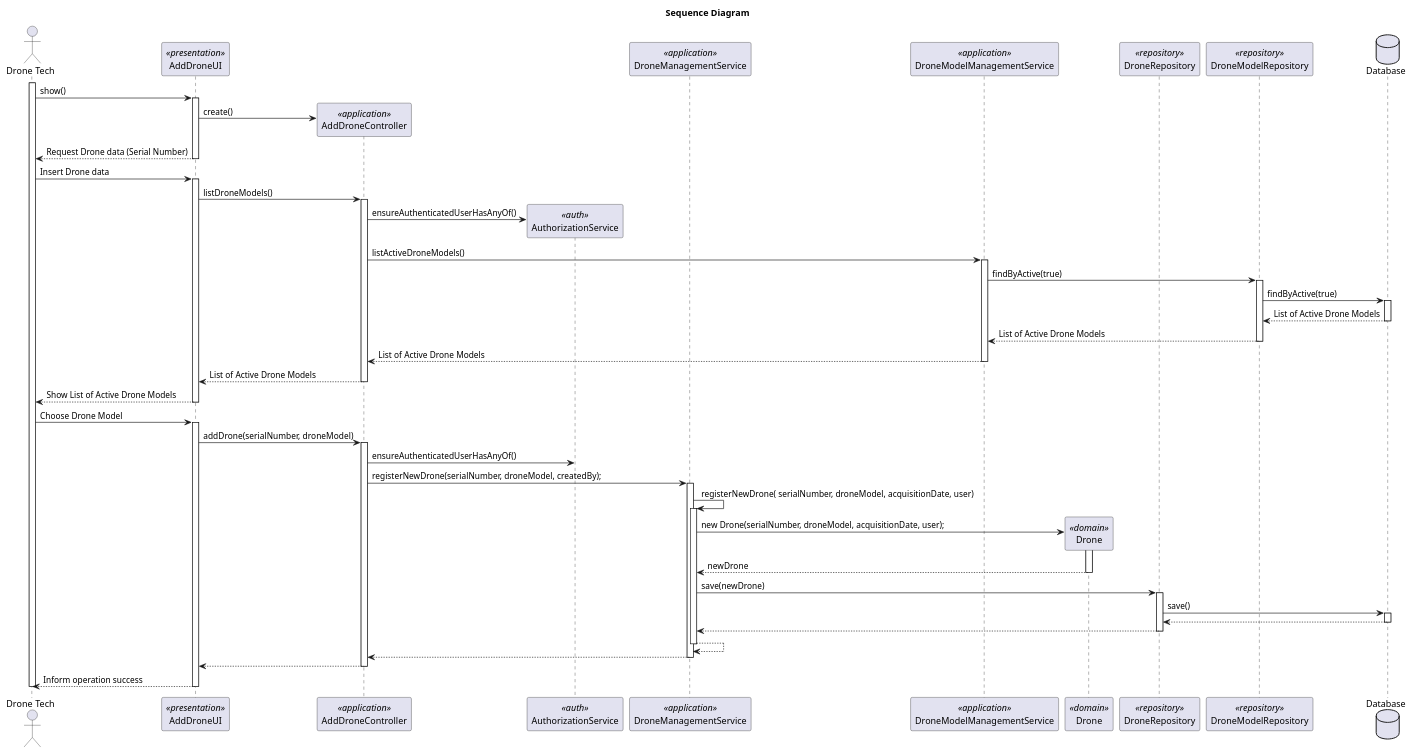
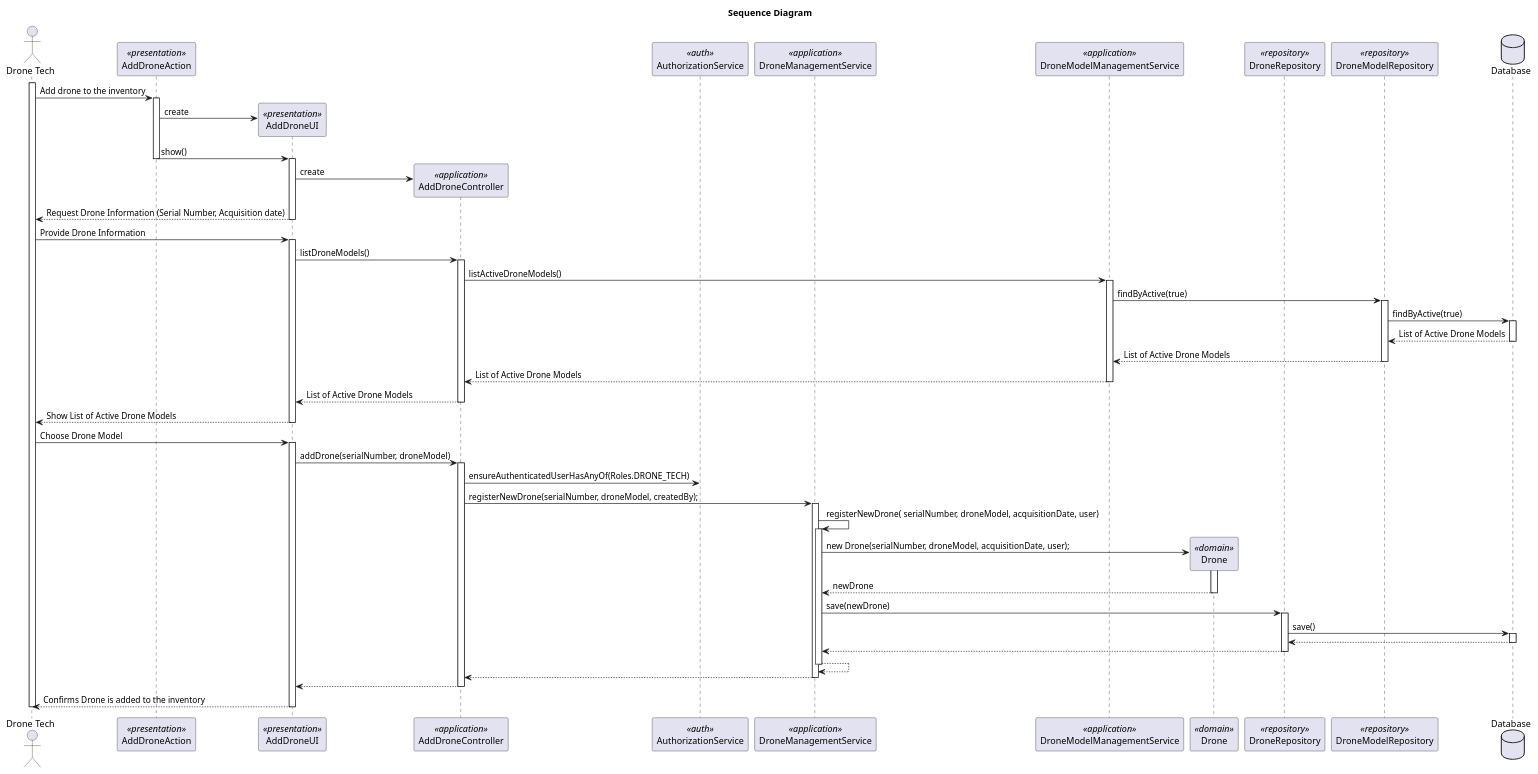
One commit to rubenFreitas1/ISEP-LAPR4-2024-2025 changed the diagram in docs/Sprint2/us_241/diagrams/sequence-diagram-US241.puml. Above: the diagram before and after it, drawn with PlantUML. The commit also changed 5 other files, not shown here.

```diff
--- a/docs/Sprint2/us_241/diagrams/sequence-diagram-US241.puml
+++ b/docs/Sprint2/us_241/diagrams/sequence-diagram-US241.puml
@@ -1,103 +1,110 @@
 @startuml
 title Sequence Diagram
 
 actor "Drone Tech" as Actor
+participant "AddDroneAction" as Action <<presentation>>
 participant "AddDroneUI" as UI <<presentation>>
 participant "AddDroneController" as Controller <<application>>
 participant "AuthorizationService" as AuthorizationService <<auth>>
 participant "DroneManagementService" as DroneManagementService <<application>>
 participant "DroneModelManagementService" as DroneModelManagementService <<application>>
 participant "Drone" as Drone <<domain>>
 participant "DroneRepository" as DroneRepository <<repository>>
 participant "DroneModelRepository" as DroneModelRepository <<repository>>
 
 database "Database" as Database
 
 activate Actor
 
-Actor -> UI: show()
+Actor -> Action: Add drone to the inventory
+
+activate Action
+
+Action -> UI** : create
+Action -> UI: show()
+
+deactivate Action
+
     activate UI
 
-UI -> Controller** : create()
-UI --> Actor: Request Drone data (Serial Number)
+UI -> Controller** : create
+UI --> Actor: Request Drone Information (Serial Number, Acquisition date)
     deactivate UI
 
- Actor -> UI: Insert Drone data
+ Actor -> UI: Provide Drone Information
   activate UI
 
 UI -> Controller: listDroneModels()
     activate Controller
-
-        Controller -> AuthorizationService** : ensureAuthenticatedUserHasAnyOf()
 
         Controller -> DroneModelManagementService: listActiveDroneModels()
             activate DroneModelManagementService
 
                 DroneModelManagementService -> DroneModelRepository: findByActive(true)
                     activate DroneModelRepository
 
                         DroneModelRepository -> Database:  findByActive(true)
                             activate Database
 
                                 Database --> DroneModelRepository: List of Active Drone Models
                             deactivate Database
                         DroneModelRepository --> DroneModelManagementService: List of Active Drone Models
                     deactivate DroneModelRepository
 
 
                 DroneModelManagementService --> Controller: List of Active Drone Models
             deactivate DroneModelManagementService
 
         Controller --> UI: List of Active Drone Models
     deactivate Controller
 
 UI --> Actor: Show List of Active Drone Models
 deactivate UI
 
 Actor -> UI: Choose Drone Model
 
 
     activate UI
 
         UI -> Controller : addDrone(serialNumber, droneModel)
             activate Controller
 
-                Controller -> AuthorizationService : ensureAuthenticatedUserHasAnyOf()
+                Controller -> AuthorizationService : ensureAuthenticatedUserHasAnyOf(Roles.DRONE_TECH)
 
                 Controller -> DroneManagementService : registerNewDrone(serialNumber, droneModel, createdBy);
                 activate DroneManagementService
 
                     DroneManagementService -> DroneManagementService: registerNewDrone( serialNumber, droneModel, acquisitionDate, user)
                     Activate DroneManagementService
 
                     DroneManagementService -> Drone** : new Drone(serialNumber, droneModel, acquisitionDate, user);
                                 activate Drone
 
                                    Drone --> DroneManagementService : newDrone
                                 deactivate Drone
 
                     DroneManagementService -> DroneRepository : save(newDrone)
 
                     activate DroneRepository
 
                              DroneRepository -> Database : save()
                              activate Database
 
                                 Database --> DroneRepository
                              deactivate Database
 
                              DroneRepository --> DroneManagementService
                     deactivate DroneRepository
                     DroneManagementService --> DroneManagementService
                     deactivate DroneManagementService
 
                     DroneManagementService --> Controller
                 deactivate DroneManagementService
 
                 Controller --> UI
             deactivate Controller
-        UI --> Actor : Inform operation success
+        UI --> Actor : Confirms Drone is added to the inventory
         deactivate UI
 deactivate Actor
 
 @enduml
```
